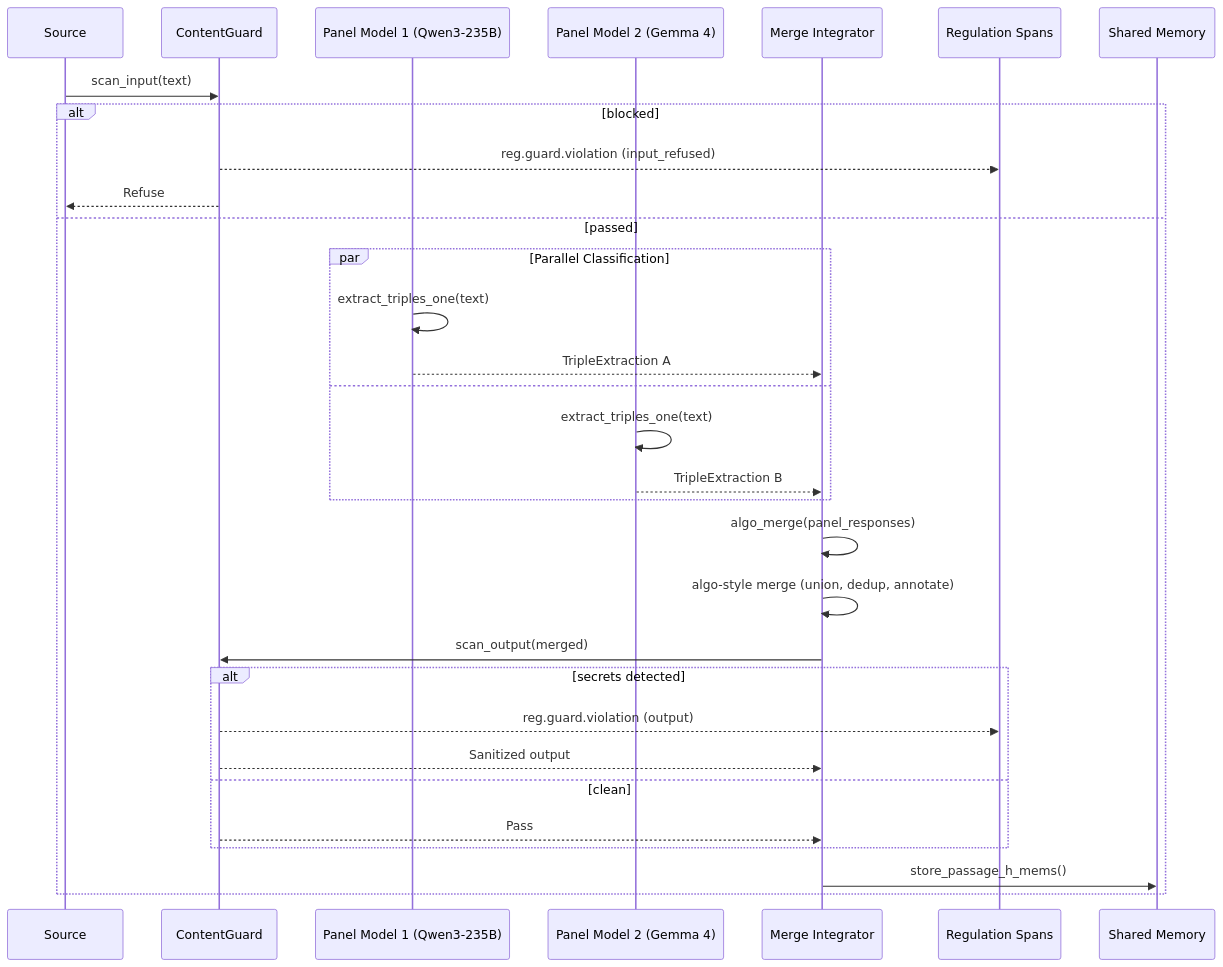
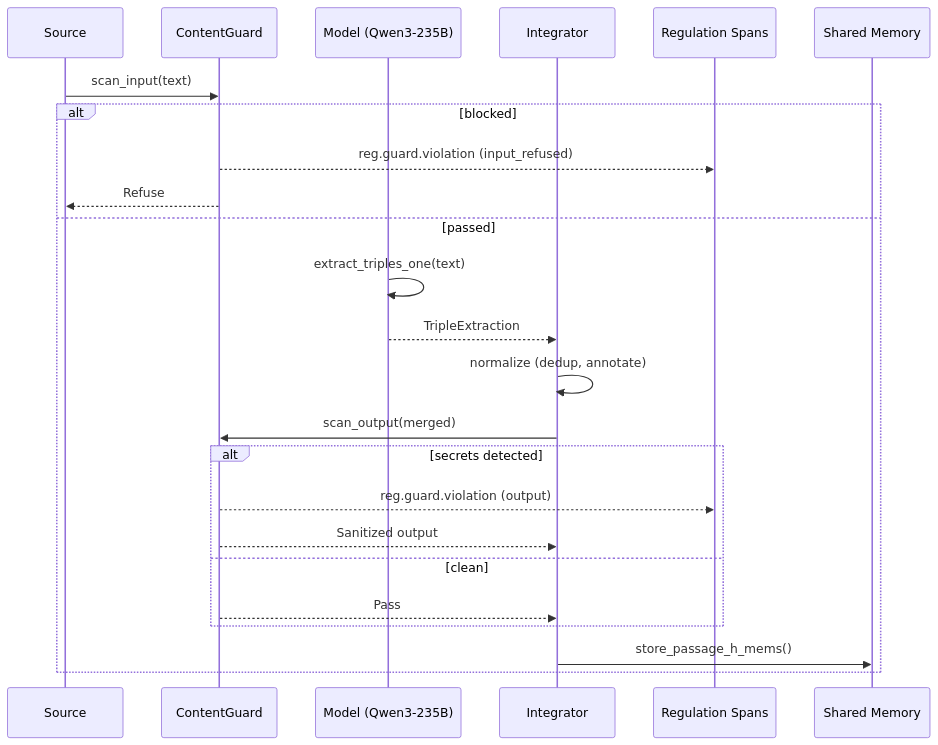
The seventh of 8 diagrams in kask/docs/explanation/cognition-and-replica.md (mdz-axo/zed-kask), drawn with Mermaid before and after one commit. The commit also changed other lines of this file and 31 other files, not shown here.

First line of the commit message:
Consolidate model constants and add mermaid types

````diff
--- a/kask/docs/explanation/cognition-and-replica.md
+++ b/kask/docs/explanation/cognition-and-replica.md
@@ -781,37 +755,30 @@
 ```mermaid
 sequenceDiagram
     participant S as Source
     participant G as ContentGuard
-    participant MA as Panel Model 1 (Qwen3-235B)
-    participant MB as Panel Model 2 (Gemma 4)
-    participant I as Merge Integrator
+    participant M as Model (Qwen3-235B)
+    participant I as Integrator
     participant Regulation as Regulation Spans
-    participant M as Shared Memory
+    participant Memory as Shared Memory
 
     S->>G: scan_input(text)
     alt blocked
         G-->>Regulation: reg.guard.violation (input_refused)
         G-->>S: Refuse
     else passed
-        par Parallel Classification
-            MA->>MA: extract_triples_one(text)
-            MA-->>I: TripleExtraction A
-        and
-            MB->>MB: extract_triples_one(text)
-            MB-->>I: TripleExtraction B
-        end
+        M->>M: extract_triples_one(text)
+        M-->>I: TripleExtraction
 
-        I->>I: algo_merge(panel_responses)
-        I->>I: algo-style merge (union, dedup, annotate)
+        I->>I: normalize (dedup, annotate)
 
         I->>G: scan_output(merged)
         alt secrets detected
             G-->>Regulation: reg.guard.violation (output)
             G-->>I: Sanitized output
         else clean
             G-->>I: Pass
         end
 
-        I->>M: store_passage_h_mems()
+        I->>Memory: store_passage_h_mems()
     end
 ```
````
